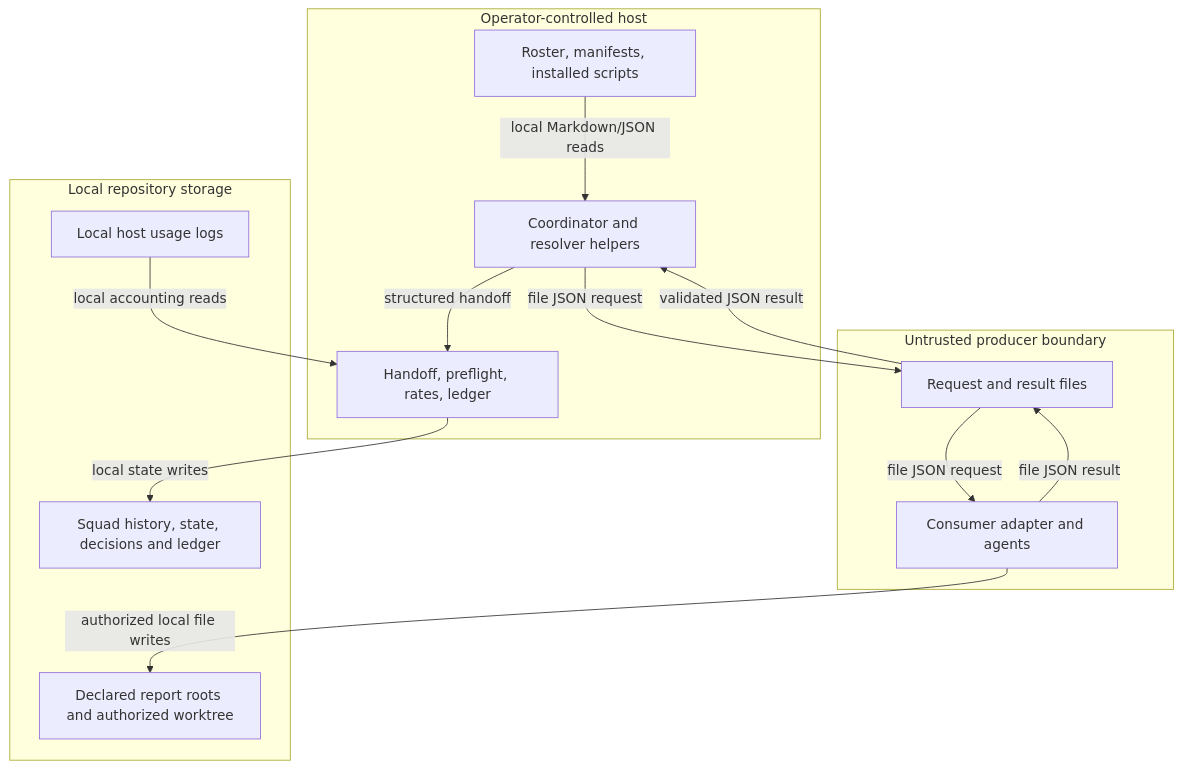
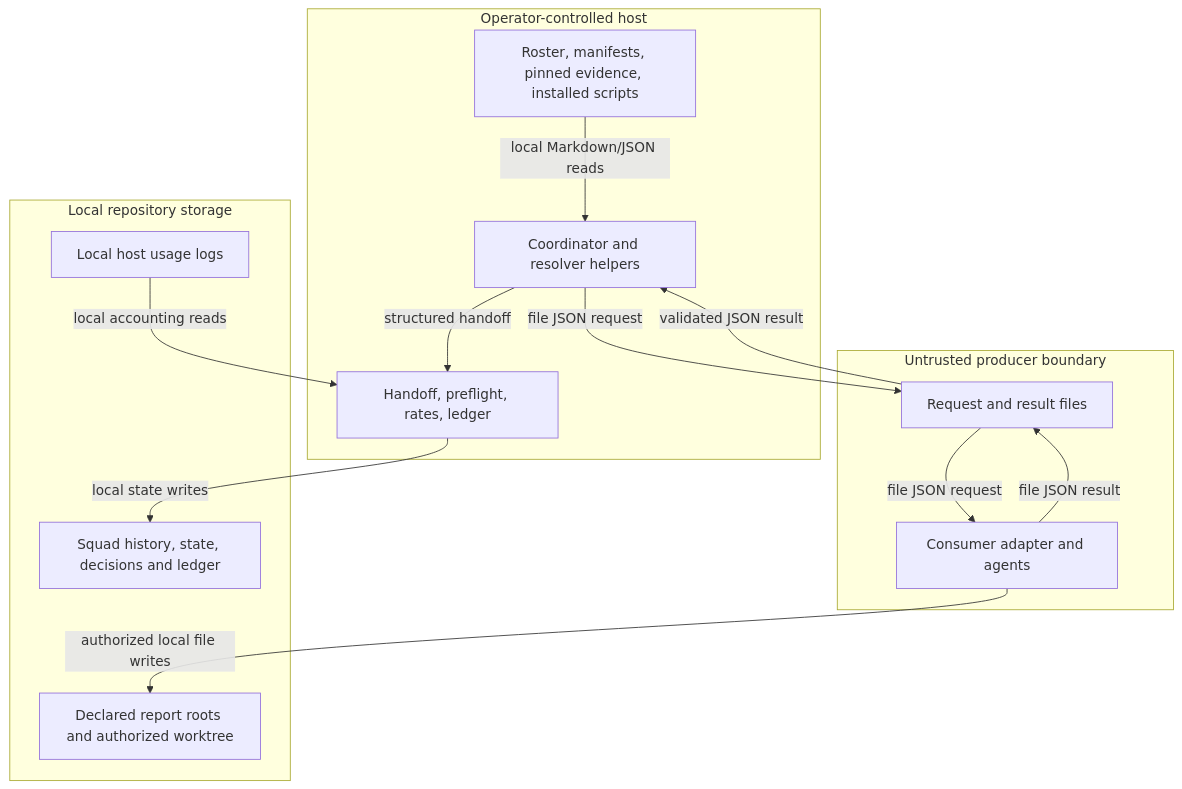
Before and after one commit to Peter-N91/hve-squad: the diagram in squad-src/.github/skills/squad/SECURITY.md, drawn with Mermaid. The commit also changed other lines of this file and 37 other files, not shown here.

````diff
--- a/squad-src/.github/skills/squad/SECURITY.md
+++ b/squad-src/.github/skills/squad/SECURITY.md
@@ -75,26 +82,26 @@
 ```mermaid
 flowchart TD
   subgraph Operator["Operator-controlled host"]
-    Config["Roster, manifests, installed scripts"]
+    Config["Roster, manifests, pinned evidence, installed scripts"]
     Shell["Coordinator and resolver helpers"]
     Scribe["Handoff, preflight, rates, ledger"]
   end
   subgraph Exchange["Untrusted producer boundary"]
     Mailbox["Request and result files"]
     Endpoint["Consumer adapter and agents"]
   end
   subgraph Repository["Local repository storage"]
     Reports["Declared report roots and authorized worktree"]
     State["Squad history, state, decisions and ledger"]
     Usage["Local host usage logs"]
   end
   Config -->|"local Markdown/JSON reads"| Shell
   Shell -->|"file JSON request"| Mailbox
   Mailbox -->|"file JSON request"| Endpoint
   Endpoint -->|"file JSON result"| Mailbox
   Endpoint -->|"authorized local file writes"| Reports
   Mailbox -->|"validated JSON result"| Shell
   Shell -->|"structured handoff"| Scribe
   Usage -->|"local accounting reads"| Scribe
   Scribe -->|"local state writes"| State
 ```
````
